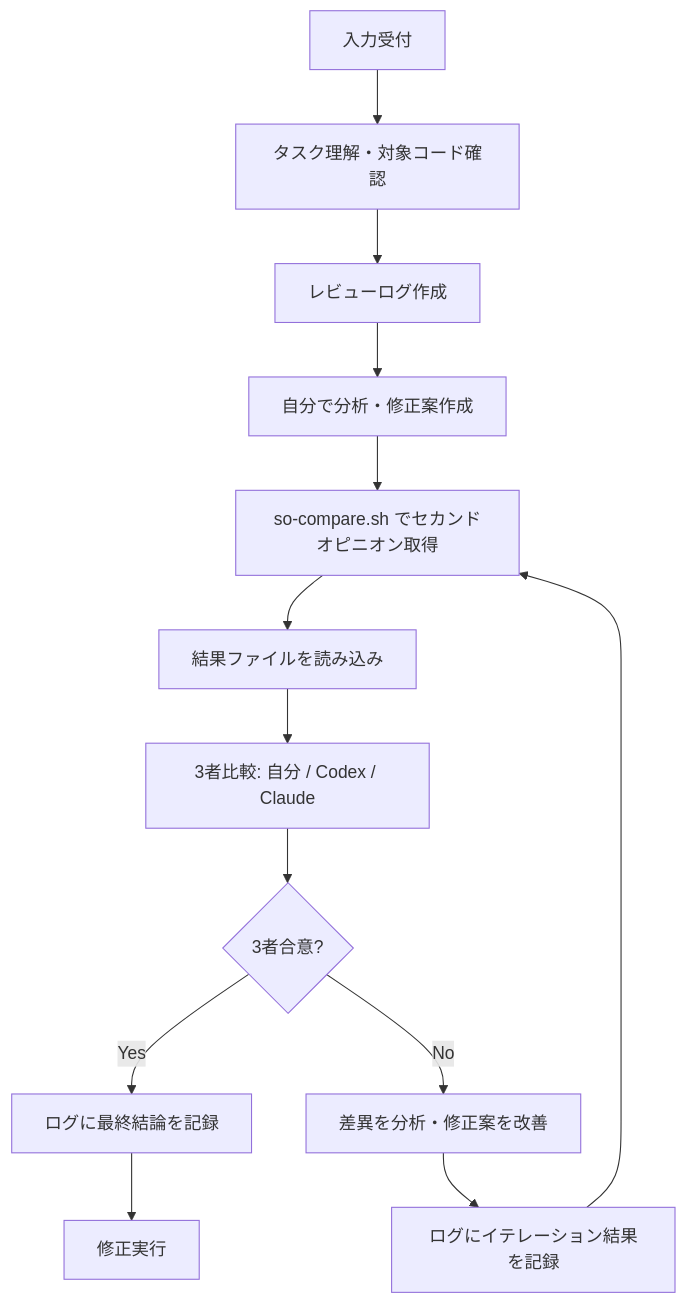
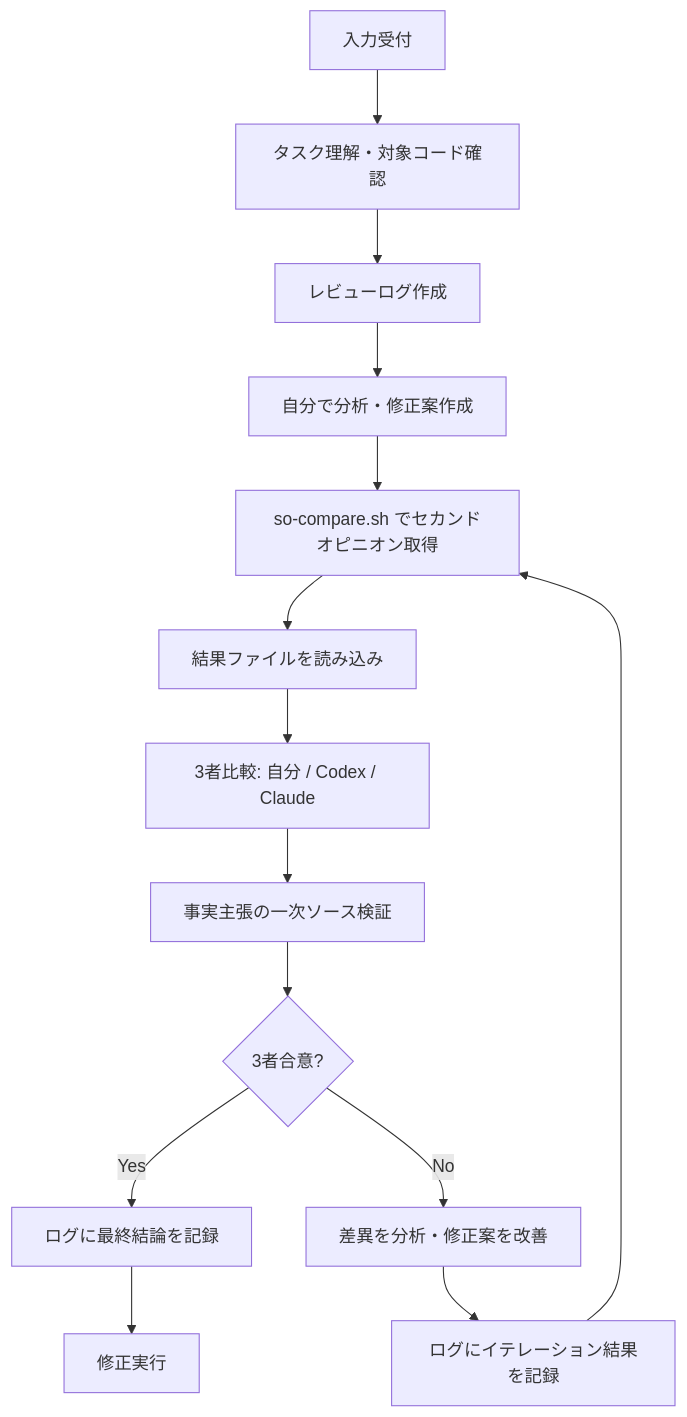
One commit to stlwolf/ai-development-hub changed the diagram in cursor/command/verification/peer-ai-review.md. Above: the diagram before and after it, drawn with Mermaid. The commit also changed other lines of this file, not shown here.

````diff
--- a/cursor/command/verification/peer-ai-review.md
+++ b/cursor/command/verification/peer-ai-review.md
@@ -28,15 +28,16 @@
 ```mermaid
 flowchart TD
     A[入力受付] --> B[タスク理解・対象コード確認]
     B --> L[レビューログ作成]
     L --> C[自分で分析・修正案作成]
     C --> D[so-compare.sh でセカンドオピニオン取得]
     D --> E[結果ファイルを読み込み]
     E --> F[3者比較: 自分 / Codex / Claude]
-    F --> G{3者合意?}
+    F --> V[事実主張の一次ソース検証]
+    V --> G{3者合意?}
     G -->|Yes| K[ログに最終結論を記録]
     K --> H[修正実行]
     G -->|No| I[差異を分析・修正案を改善]
     I --> J[ログにイテレーション結果を記録]
     J --> D
 ```
````
